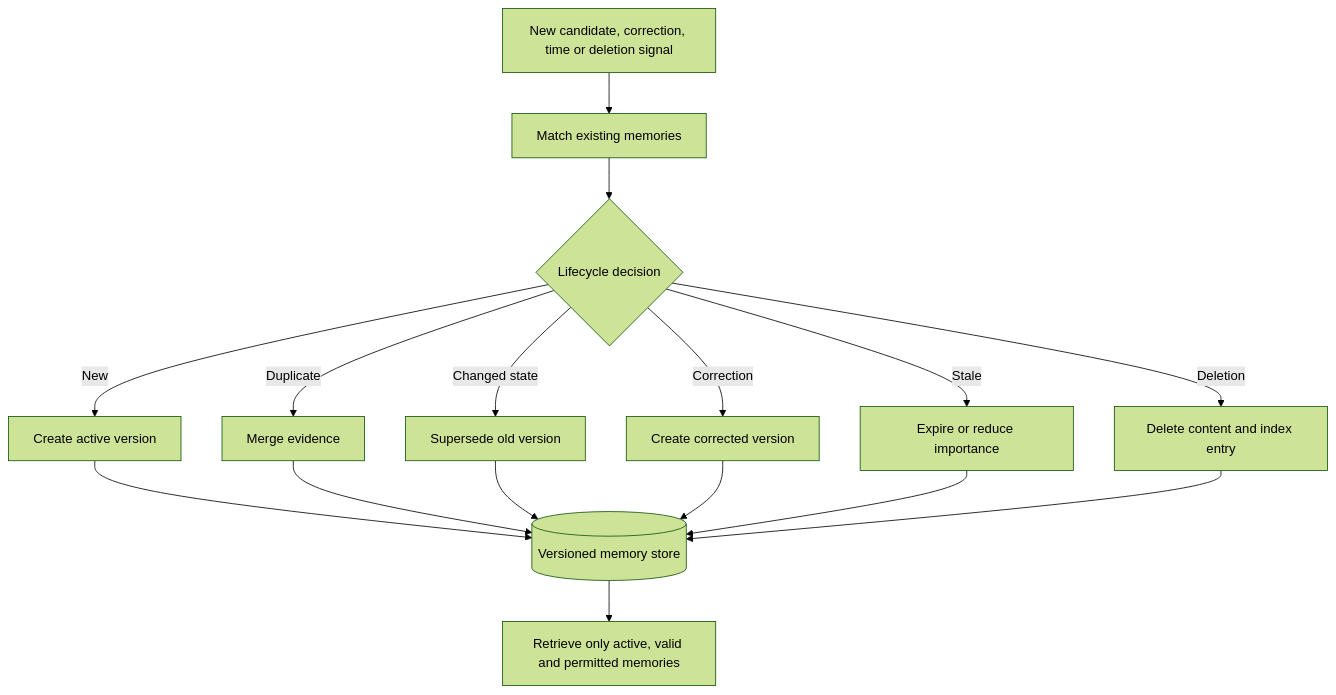
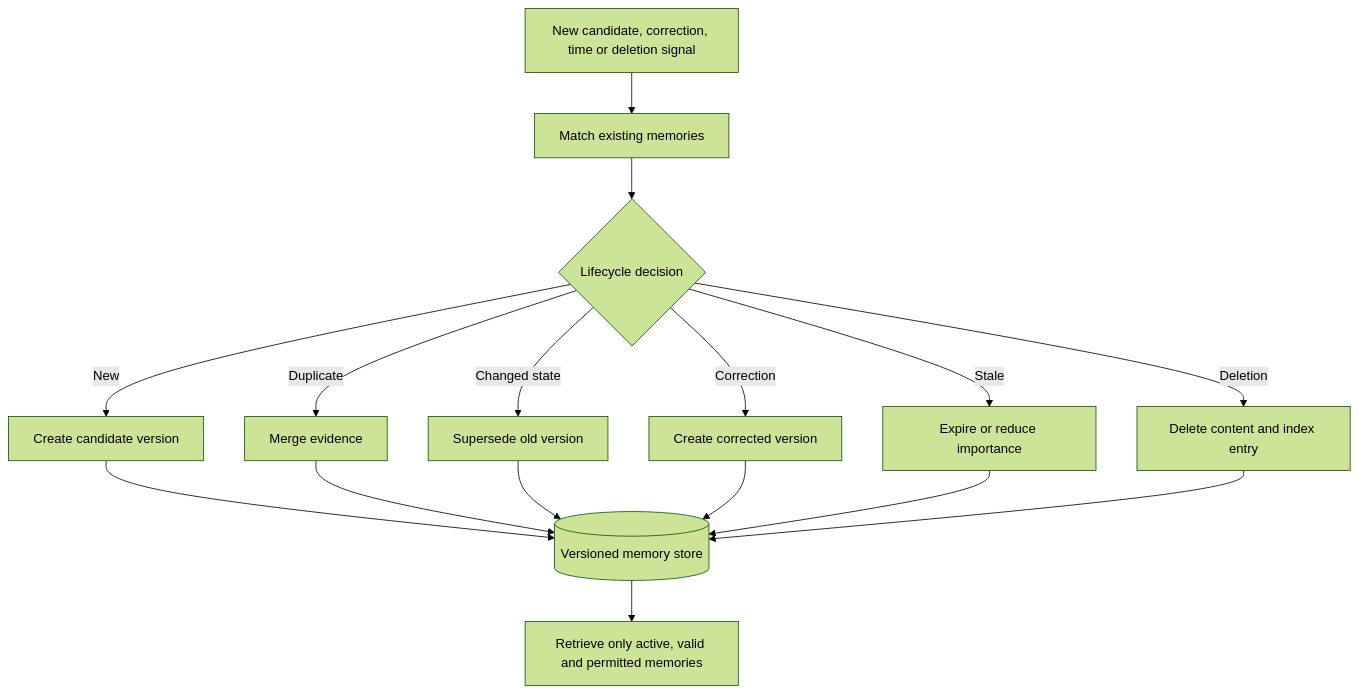
One commit to nanlalala/cbt-memory-system changed the seventh of 9 diagrams in docs/architecture.md. Above: the diagram before and after it, drawn with Mermaid (forest theme). The commit also changed 12 other files, not shown here.

````diff
--- a/docs/architecture.md
+++ b/docs/architecture.md
@@ -162,18 +162,18 @@
 ```mermaid
 flowchart TD
     I["New candidate, correction, time or deletion signal"] --> M["Match existing memories"]
     M --> D{"Lifecycle decision"}
-    D -->|New| C["Create active version"]
+    D -->|New| C["Create candidate version"]
     D -->|Duplicate| G["Merge evidence"]
     D -->|Changed state| S["Supersede old version"]
     D -->|Correction| U["Create corrected version"]
     D -->|Stale| E["Expire or reduce importance"]
     D -->|Deletion| H["Delete content and index entry"]
     C --> DB[("Versioned memory store")]
     G --> DB
     S --> DB
     U --> DB
     E --> DB
     H --> DB
     DB --> F["Retrieve only active, valid and permitted memories"]
 ```
````
